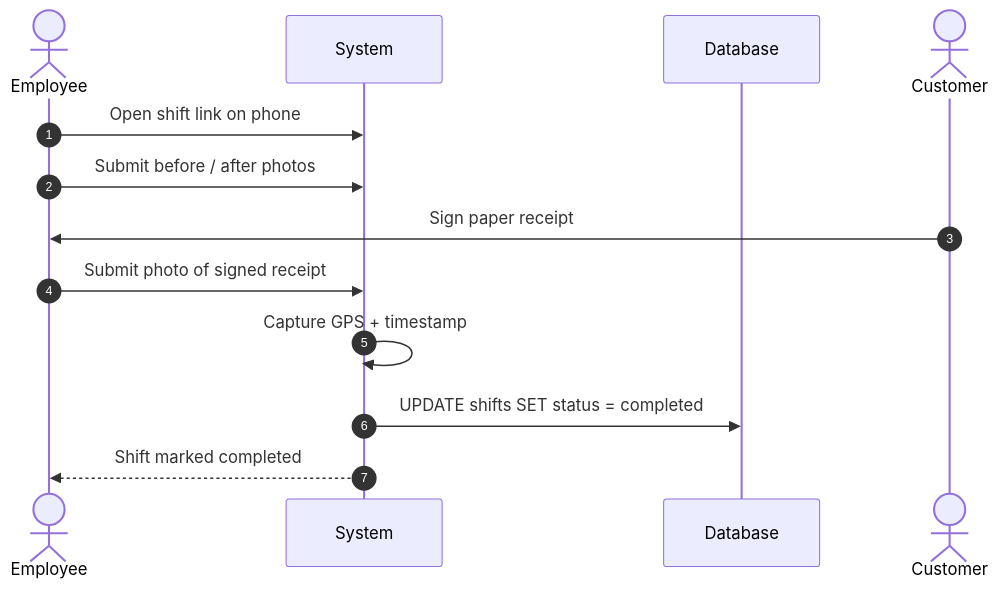
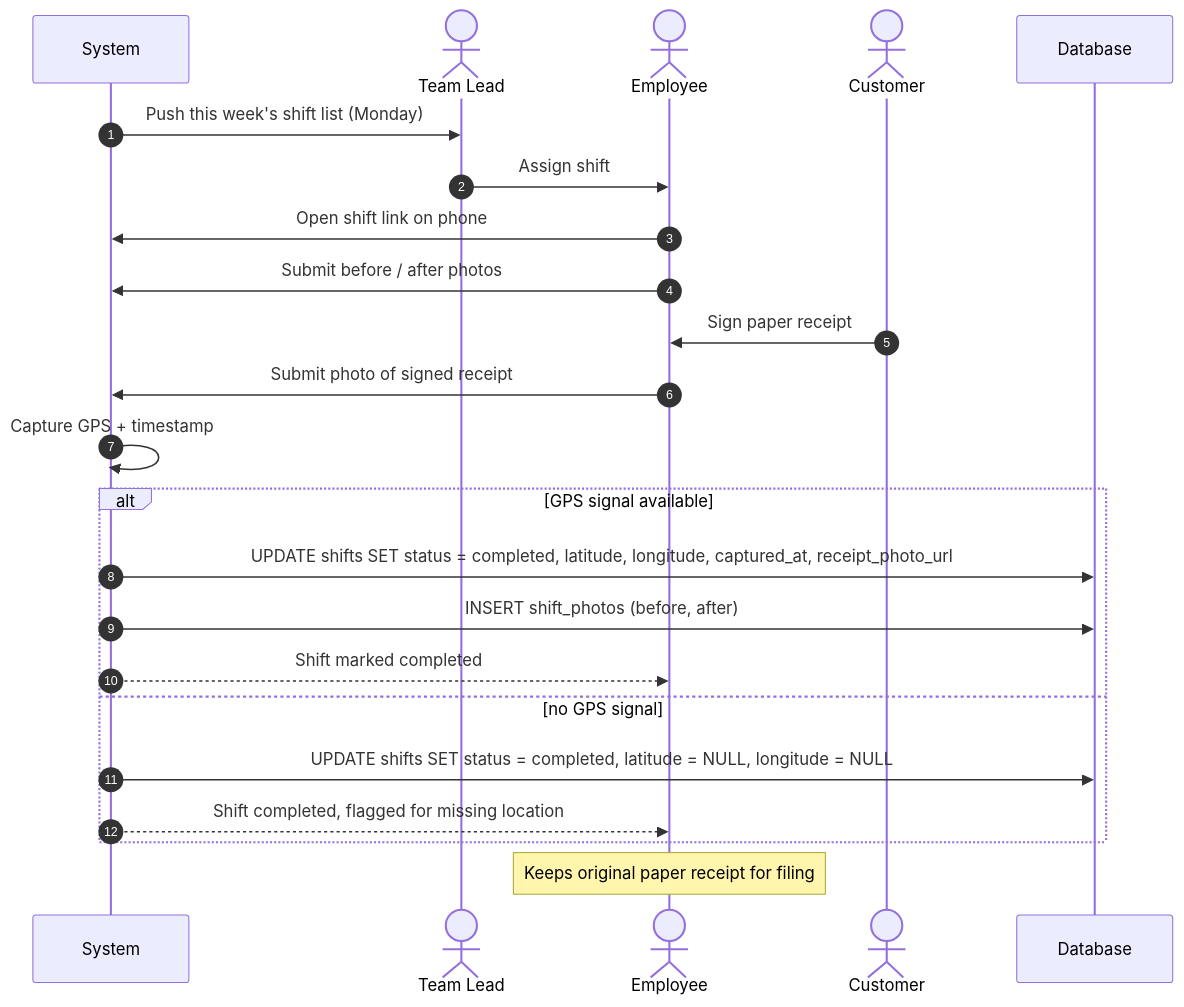
One commit to dDxCg/contrack changed the fourth of 7 diagrams in README.md. Above: the diagram before and after it, drawn with Mermaid. The commit also changed other lines of this file and 81 other files, not shown here.

````diff
--- a/README.md
+++ b/README.md
@@ -155,16 +159,26 @@
 ```mermaid
 sequenceDiagram
     autonumber
+    participant System
+    actor TeamLead as Team Lead
     actor Employee
-    participant System
+    actor Customer
     participant DB as Database
-    actor Customer
 
+    System->>TeamLead: Push this week's shift list (Monday)
+    TeamLead->>Employee: Assign shift
     Employee->>System: Open shift link on phone
     Employee->>System: Submit before / after photos
     Customer->>Employee: Sign paper receipt
     Employee->>System: Submit photo of signed receipt
     System->>System: Capture GPS + timestamp
-    System->>DB: UPDATE shifts SET status = completed
-    System-->>Employee: Shift marked completed
+    alt GPS signal available
+        System->>DB: UPDATE shifts SET status = completed, latitude, longitude, captured_at, receipt_photo_url
+        System->>DB: INSERT shift_photos (before, after)
+        System-->>Employee: Shift marked completed
+    else no GPS signal
+        System->>DB: UPDATE shifts SET status = completed, latitude = NULL, longitude = NULL
+        System-->>Employee: Shift completed, flagged for missing location
+    end
+    Note over Employee: Keeps original paper receipt for filing
 ```
````
